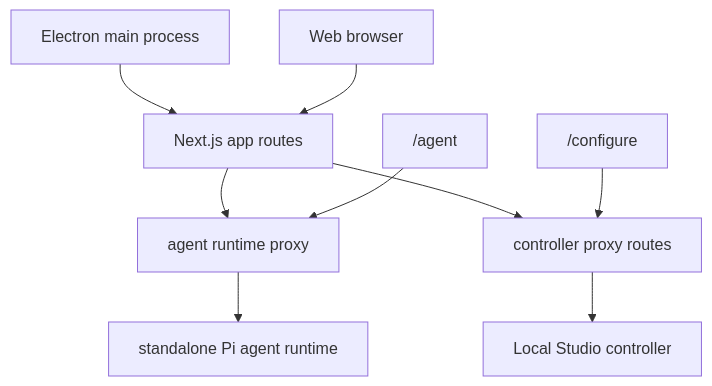
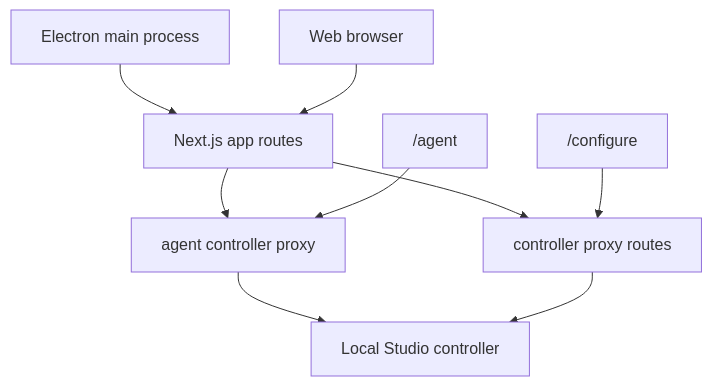
The diagram in frontend/README.md (0xSero/vllm-studio), drawn with Mermaid before and after one commit. The commit also changed other lines of this file and 876 other files, not shown here.

First line of the commit message:
feat(controller): replace backend with Zig runtime (#19)

````diff
--- a/frontend/README.md
+++ b/frontend/README.md
@@ -22,11 +22,11 @@
 ```mermaid
 flowchart TB
     Desktop["Electron main process"] --> Routes["Next.js app routes"]
     Browser["Web browser"] --> Routes
-    Routes --> AgentApi["agent runtime proxy"]
+    Routes --> AgentApi["agent controller proxy"]
     Routes --> ControllerApi["controller proxy routes"]
-    AgentApi --> Pi["standalone Pi agent runtime"]
+    AgentApi --> Controller
     ControllerApi --> Controller["Local Studio controller"]
     Configure["/configure"] --> ControllerApi
     Workbench["/agent"] --> AgentApi
 ```
````
